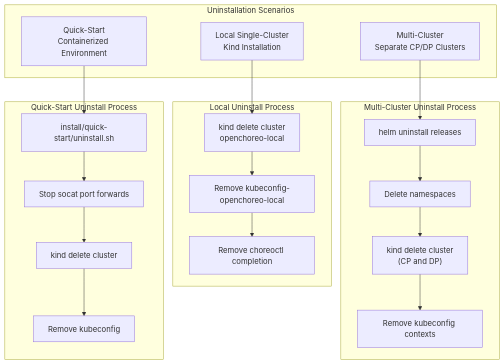
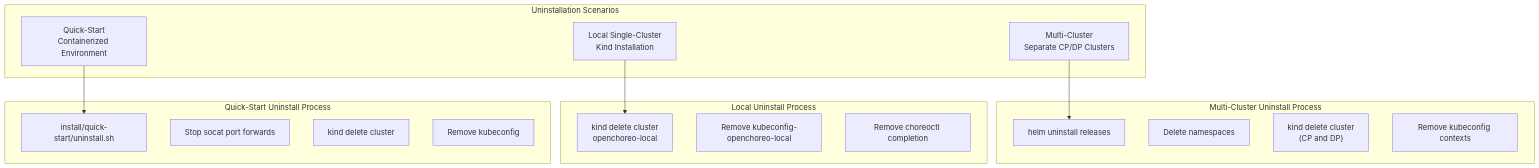
Before and after one commit to openchoreo/openchoreo: the first of 4 diagrams in docs/deepwiki/Uninstallation.md, drawn with Mermaid. The commit also changed other lines of this file and 85 other files, not shown here.

Commit message:
feat: Add new workflow and specification templates, update Helm chart dependencies, and clarify documentation diagrams.

````diff
--- a/docs/deepwiki/Uninstallation.md
+++ b/docs/deepwiki/Uninstallation.md
@@ -30,56 +30,48 @@
 ```mermaid
 flowchart TD
 
 QS["Quick-Start<br>Containerized Environment"]
 Local["Local Single-Cluster<br>Kind Installation"]
 Multi["Multi-Cluster<br>Separate CP/DP Clusters"]
 QS_Script["install/quick-start/uninstall.sh"]
 QS_Stop["Stop socat port forwards"]
 QS_Delete["kind delete cluster"]
 QS_Clean["Remove kubeconfig"]
 Local_Delete["kind delete cluster<br>openchoreo-local"]
 Local_Kube["Remove kubeconfig-openchoreo-local"]
 Local_Complete["Remove choreoctl completion"]
 Multi_Helm["helm uninstall releases"]
 Multi_NS["Delete namespaces"]
 Multi_Clusters["kind delete cluster<br>(CP and DP)"]
 Multi_Context["Remove kubeconfig contexts"]
 
 QS --> QS_Script
 Local --> Local_Delete
 Multi --> Multi_Helm
 
 subgraph subGraph3 ["Multi-Cluster Uninstall Process"]
     Multi_Helm
     Multi_NS
     Multi_Clusters
     Multi_Context
-    Multi_Helm --> Multi_NS
-    Multi_NS --> Multi_Clusters
-    Multi_Clusters --> Multi_Context
 end
 
 subgraph subGraph2 ["Local Uninstall Process"]
     Local_Delete
     Local_Kube
     Local_Complete
-    Local_Delete --> Local_Kube
-    Local_Kube --> Local_Complete
 end
 
 subgraph subGraph1 ["Quick-Start Uninstall Process"]
     QS_Script
     QS_Stop
     QS_Delete
     QS_Clean
-    QS_Script --> QS_Stop
-    QS_Stop --> QS_Delete
-    QS_Delete --> QS_Clean
 end
 
 subgraph subGraph0 ["Uninstallation Scenarios"]
     QS
     Local
     Multi
 end
 ```
````
